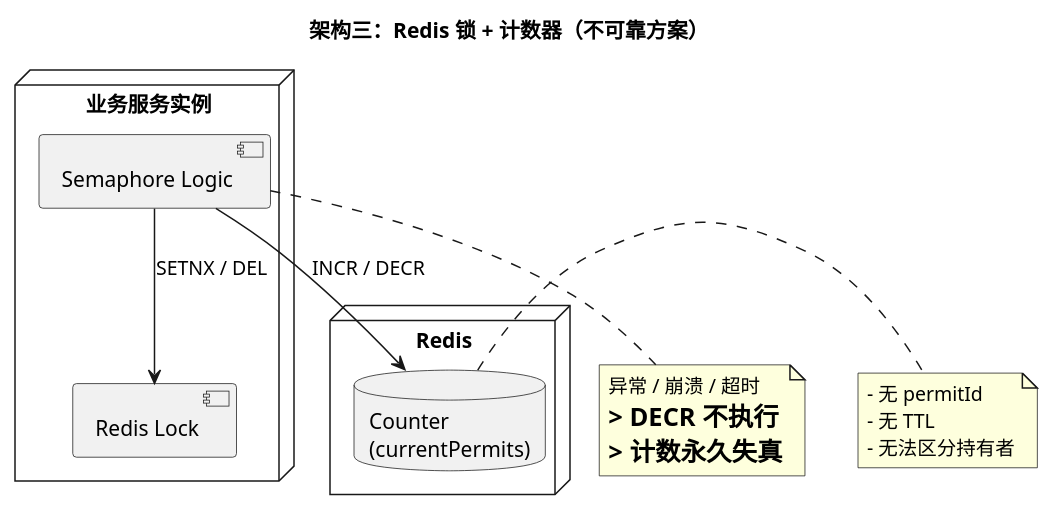
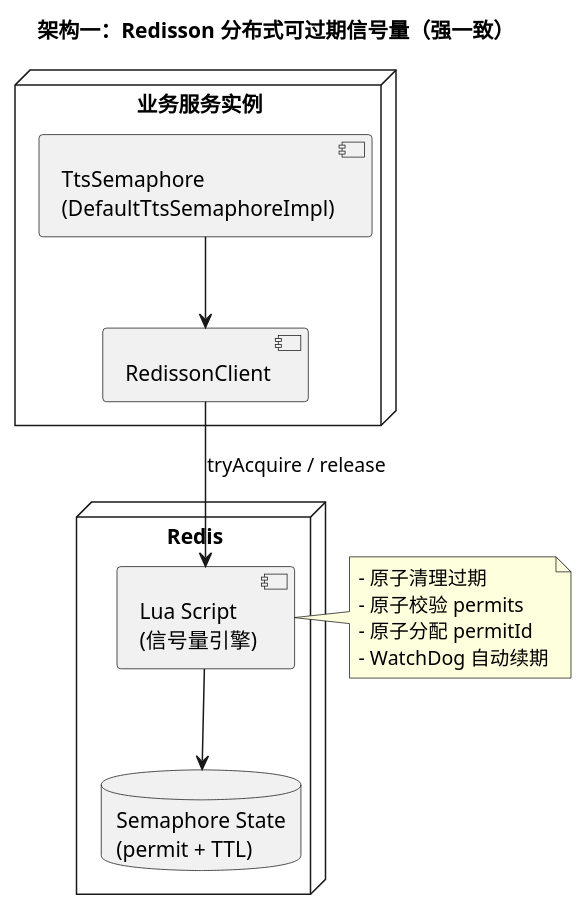
The diagram in src/main/puml/信号量-redisson.puml (WhoKilledMe/accountlife), drawn with PlantUML before and after one commit. The commit also changed 15 other files, not shown here.

```diff
--- a/src/main/puml/信号量-redisson.puml
+++ b/src/main/puml/信号量-redisson.puml
@@ -1,27 +1,24 @@
 @startuml
-title 架构三：Redis 锁 + 计数器（不可靠方案）
+title 架构一：Redisson 分布式可过期信号量（强一致）
 
 node "业务服务实例" {
-    component "Semaphore Logic"
-    component "Redis Lock"
+    component "TtsSemaphore\n(DefaultTtsSemaphoreImpl)"
+    component "RedissonClient"
 }
 
 node "Redis" {
-    database "Counter\n(currentPermits)"
+    component "Lua Script\n(信号量引擎)"
+    database "Semaphore State\n(permit + TTL)"
 }
 
-"Semaphore Logic" --> "Redis Lock" : SETNX / DEL
-"Semaphore Logic" --> "Counter\n(currentPermits)" : INCR / DECR
+"TtsSemaphore\n(DefaultTtsSemaphoreImpl)" --> "RedissonClient"
+"RedissonClient" --> "Lua Script\n(信号量引擎)" : tryAcquire / release
+"Lua Script\n(信号量引擎)" --> "Semaphore State\n(permit + TTL)"
 
-note right of "Counter\n(currentPermits)"
-- 无 permitId
-- 无 TTL
-- 无法区分持有者
-end note
-
-note bottom of "Semaphore Logic"
-异常 / 崩溃 / 超时
-=> DECR 不执行
-=> 计数永久失真
+note right of "Lua Script\n(信号量引擎)"
+- 原子清理过期
+- 原子校验 permits
+- 原子分配 permitId
+- WatchDog 自动续期
 end note
 @enduml
```
